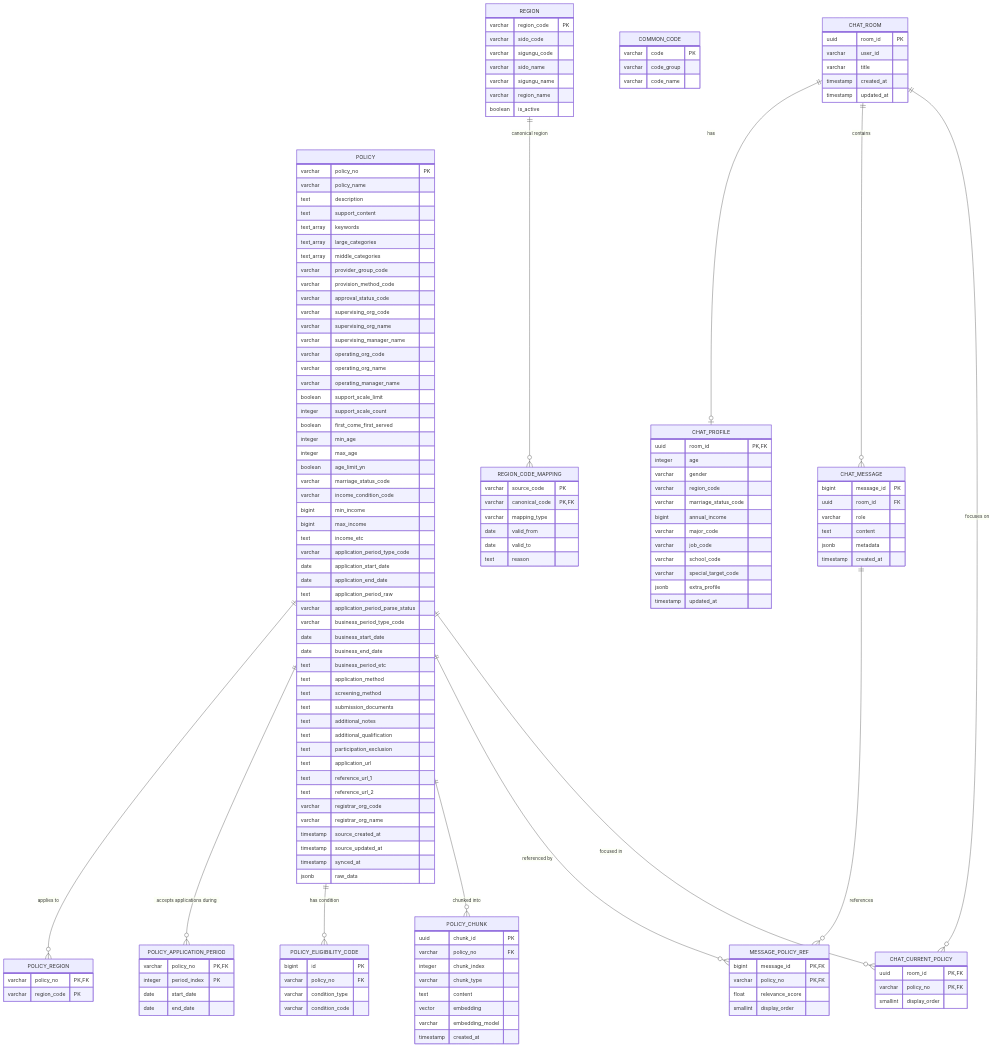
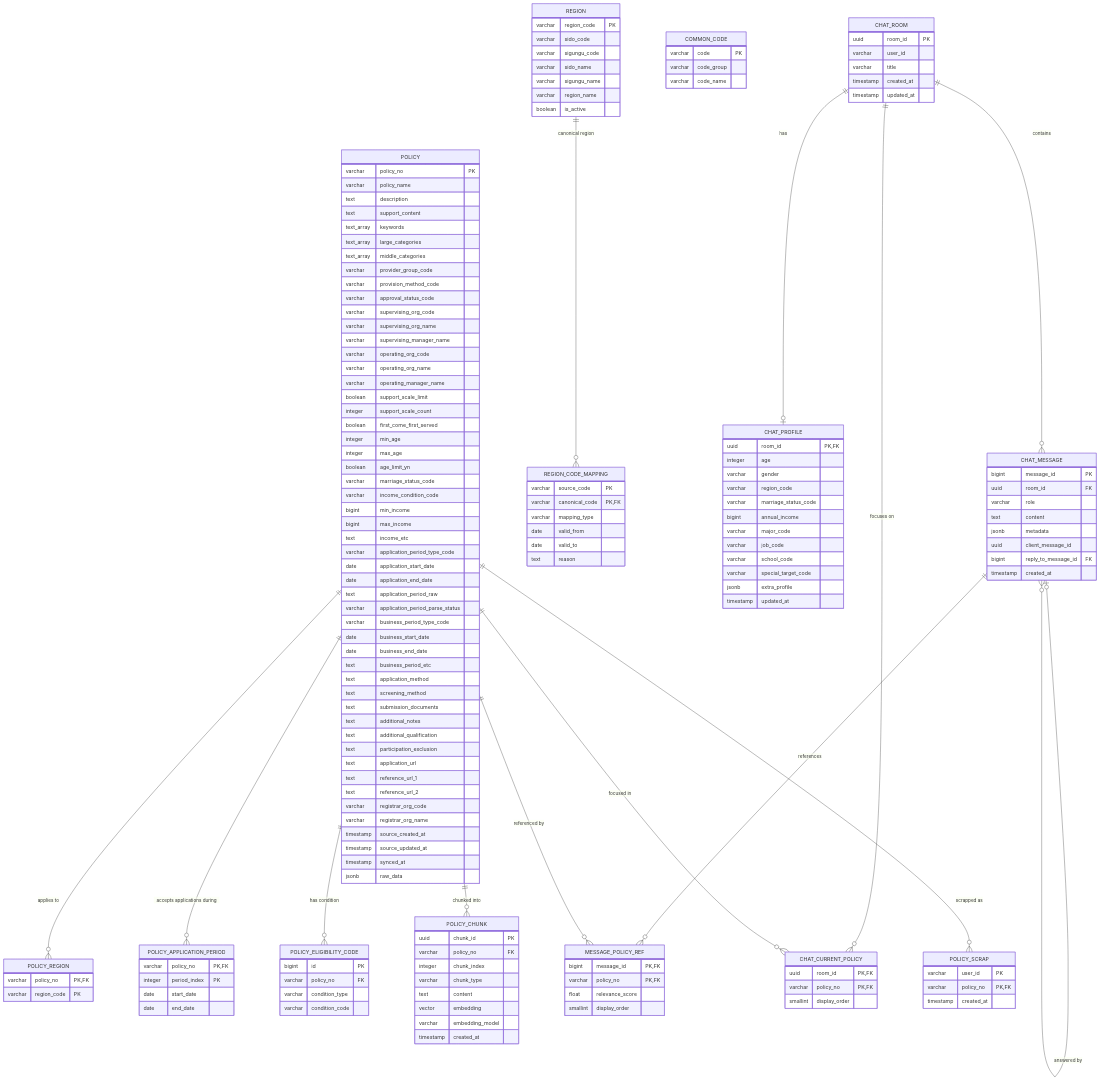
The first of 3 diagrams in docs/erd.md (inha-youthlink/youthlink-data-pipeline), drawn with Mermaid before and after one commit. The commit also changed other lines of this file and 1 other file, not shown here.

Commit message:
docs: 채팅 멱등 키, 답변 연결, 스크랩 ERD, 데이터 사전 반영

````diff
--- a/docs/erd.md
+++ b/docs/erd.md
@@ -156,6 +156,8 @@
         varchar role
         text content
         jsonb metadata
+        uuid client_message_id
+        bigint reply_to_message_id FK
         timestamp created_at
     }
 
@@ -172,6 +174,12 @@
         smallint display_order
     }
 
+    POLICY_SCRAP {
+        varchar user_id PK
+        varchar policy_no PK,FK
+        timestamp created_at
+    }
+
     POLICY ||--o{ POLICY_REGION : "applies to"
     POLICY ||--o{ POLICY_APPLICATION_PERIOD : "accepts applications during"
     REGION ||--o{ REGION_CODE_MAPPING : "canonical region"
@@ -180,10 +188,13 @@
 
     CHAT_ROOM ||--o| CHAT_PROFILE : "has"
     CHAT_ROOM ||--o{ CHAT_MESSAGE : "contains"
+    CHAT_MESSAGE |o--o{ CHAT_MESSAGE : "answered by"
 
     CHAT_MESSAGE ||--o{ MESSAGE_POLICY_REF : "references"
     POLICY ||--o{ MESSAGE_POLICY_REF : "referenced by"
 
     CHAT_ROOM ||--o{ CHAT_CURRENT_POLICY : "focuses on"
     POLICY ||--o{ CHAT_CURRENT_POLICY : "focused in"
+
+    POLICY ||--o{ POLICY_SCRAP : "scrapped as"
 ```
````
